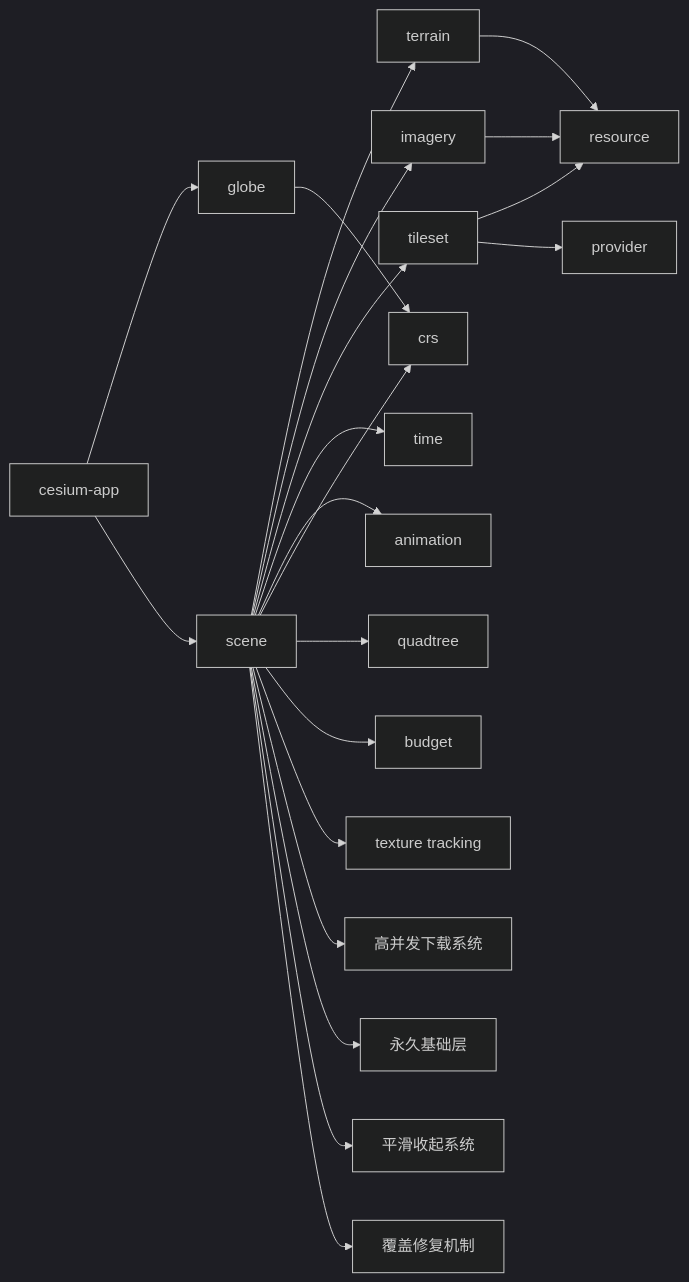
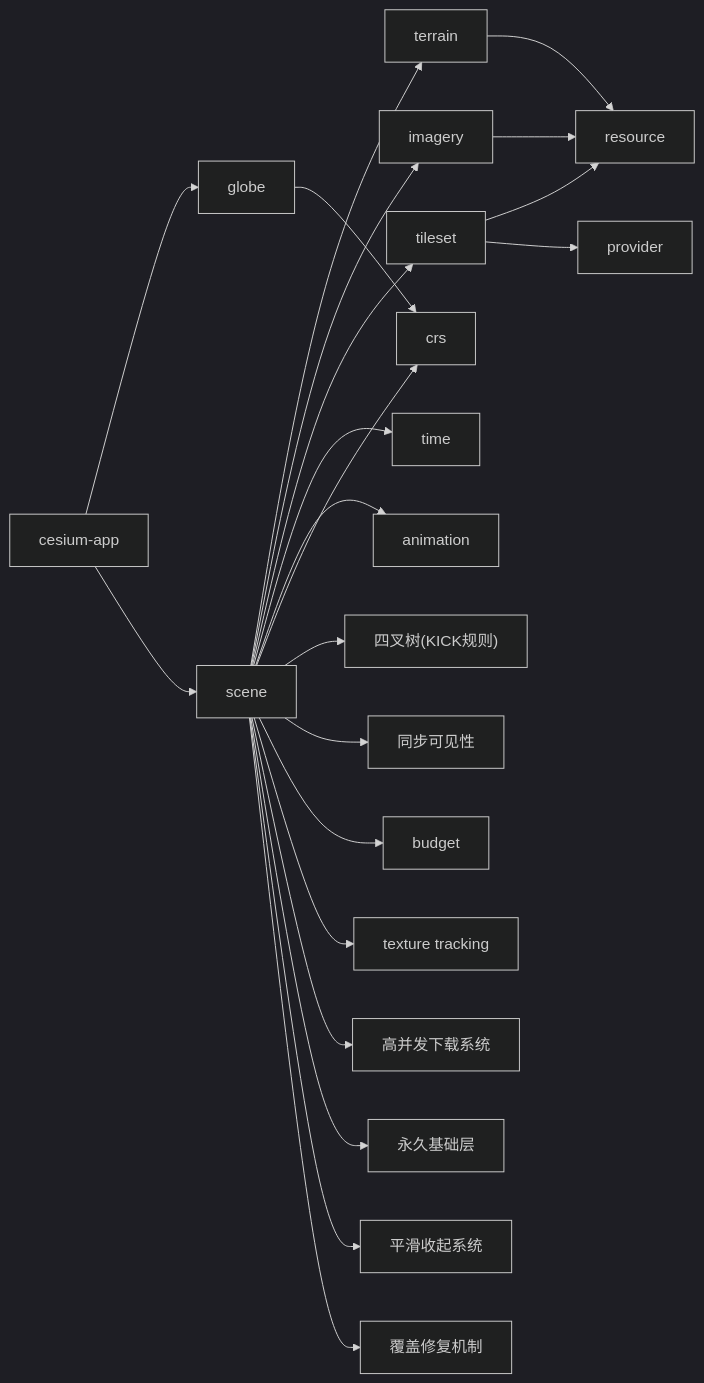
Before and after one commit to rzhangjing/cesium: diagram 24 of 24 in .qoder/repowiki/zh/content/核心概念/渲染管线与场景图/动态地球渲染系统.md, drawn with Mermaid (dark theme). The commit also changed other lines of this file and 16 other files, not shown here.

````diff
--- a/.qoder/repowiki/zh/content/核心概念/渲染管线与场景图/动态地球渲染系统.md
+++ b/.qoder/repowiki/zh/content/核心概念/渲染管线与场景图/动态地球渲染系统.md
@@ -851,23 +919,24 @@
 ```mermaid
 graph LR
 App["cesium-app"] --> DomainGlobe["globe"]
 App --> DomainScene["scene"]
 DomainScene --> DomainTerrain["terrain"]
 DomainScene --> DomainImagery["imagery"]
 DomainScene --> DomainTileset["tileset"]
 DomainScene --> DomainTime["time"]
 DomainScene --> DomainAnimation["animation"]
 DomainScene --> DomainCRS["crs"]
 DomainTileset --> DomainResource["resource"]
 DomainTileset --> DomainProvider["provider"]
 DomainTerrain --> DomainResource
 DomainImagery --> DomainResource
 DomainGlobe --> DomainCRS
-DomainScene --> DomainQuadtree["quadtree"]
+DomainScene --> DomainQuadtree["四叉树(KICK规则)"]
+DomainScene --> DomainSyncVis["同步可见性"]
 DomainScene --> DomainBudget["budget"]
 DomainScene --> DomainTextureTrack["texture tracking"]
 DomainScene --> DomainDownloadSys["高并发下载系统"]
 DomainScene --> DomainBaseLayer["永久基础层"]
 DomainScene --> DomainSmoothTransition["平滑收起系统"]
 DomainScene --> DomainCoverageFix["覆盖修复机制"]
 ```
````
